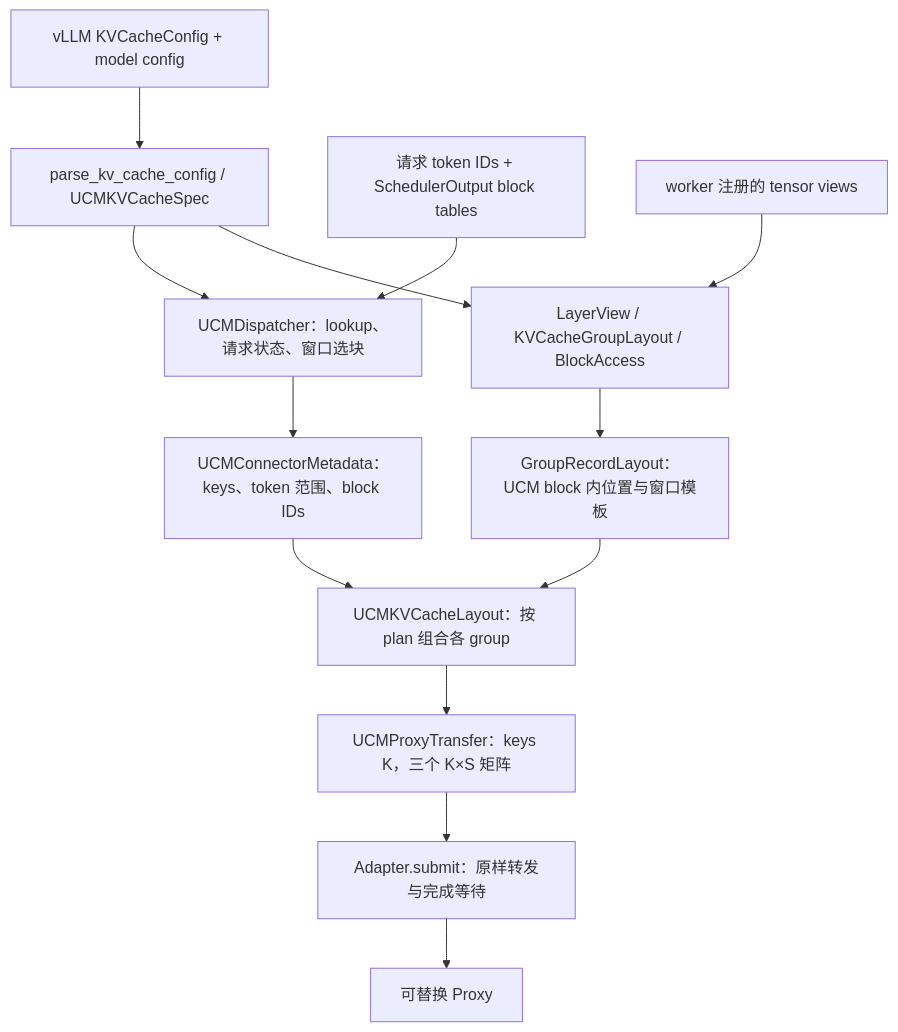
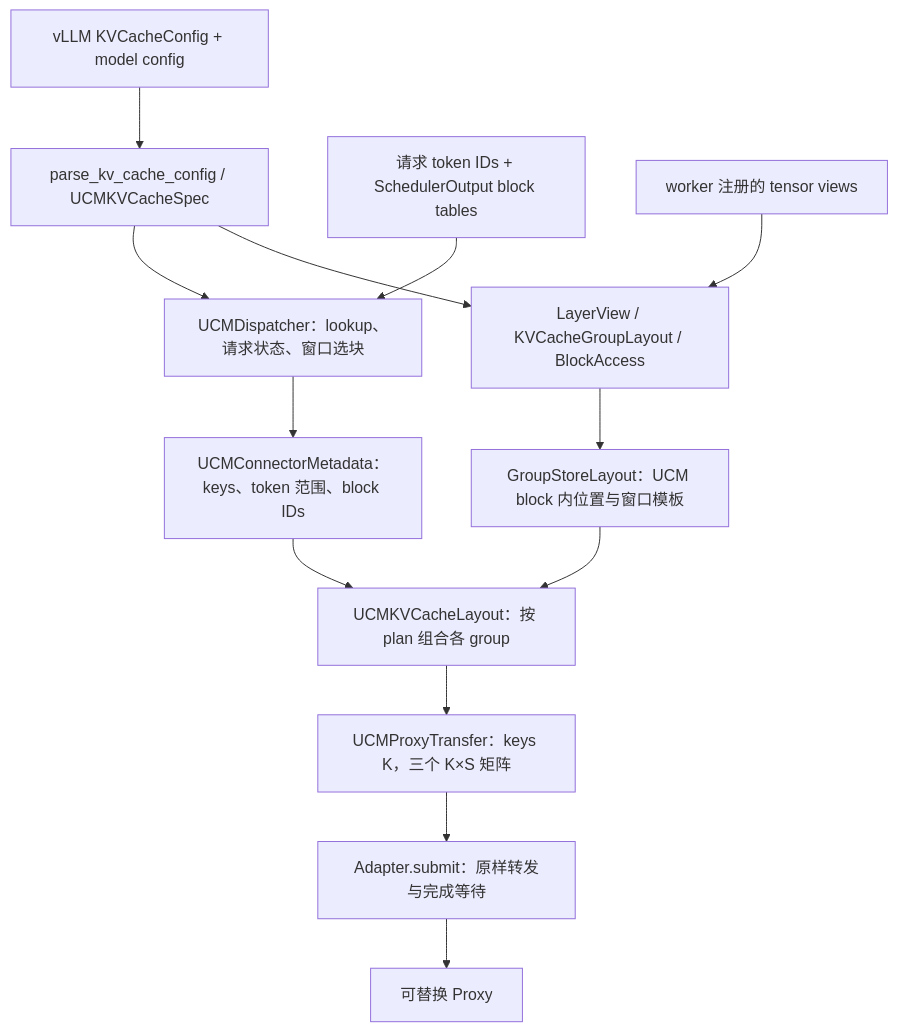
Before and after one commit to ModelEngine-Group/unified-cache-management: the diagram in docs/connector-v2-detailed-design.md, drawn with Mermaid. The commit also changed other lines of this file and 14 other files, not shown here.

````diff
--- a/docs/connector-v2-detailed-design.md
+++ b/docs/connector-v2-detailed-design.md
@@ -26,15 +26,15 @@
 ```mermaid
 flowchart TD
     Config["vLLM KVCacheConfig + model config"] --> Spec["parse_kv_cache_config / UCMKVCacheSpec"]
     Spec --> Scheduler["UCMDispatcher：lookup、请求状态、窗口选块"]
     Request["请求 token IDs + SchedulerOutput block tables"] --> Scheduler
     Scheduler --> Meta["UCMConnectorMetadata：keys、token 范围、block IDs"]
     Views["worker 注册的 tensor views"] --> Physical["LayerView / KVCacheGroupLayout / BlockAccess"]
     Spec --> Physical
-    Physical --> Record["GroupRecordLayout：UCM block 内位置与窗口模板"]
+    Physical --> Record["GroupStoreLayout：UCM block 内位置与窗口模板"]
     Meta --> Builder["UCMKVCacheLayout：按 plan 组合各 group"]
     Record --> Builder
     Builder --> Transfer["UCMProxyTransfer：keys K，三个 K×S 矩阵"]
     Transfer --> Adapter["Adapter.submit：原样转发与完成等待"]
     Adapter --> Proxy["可替换 Proxy"]
 ```
````
